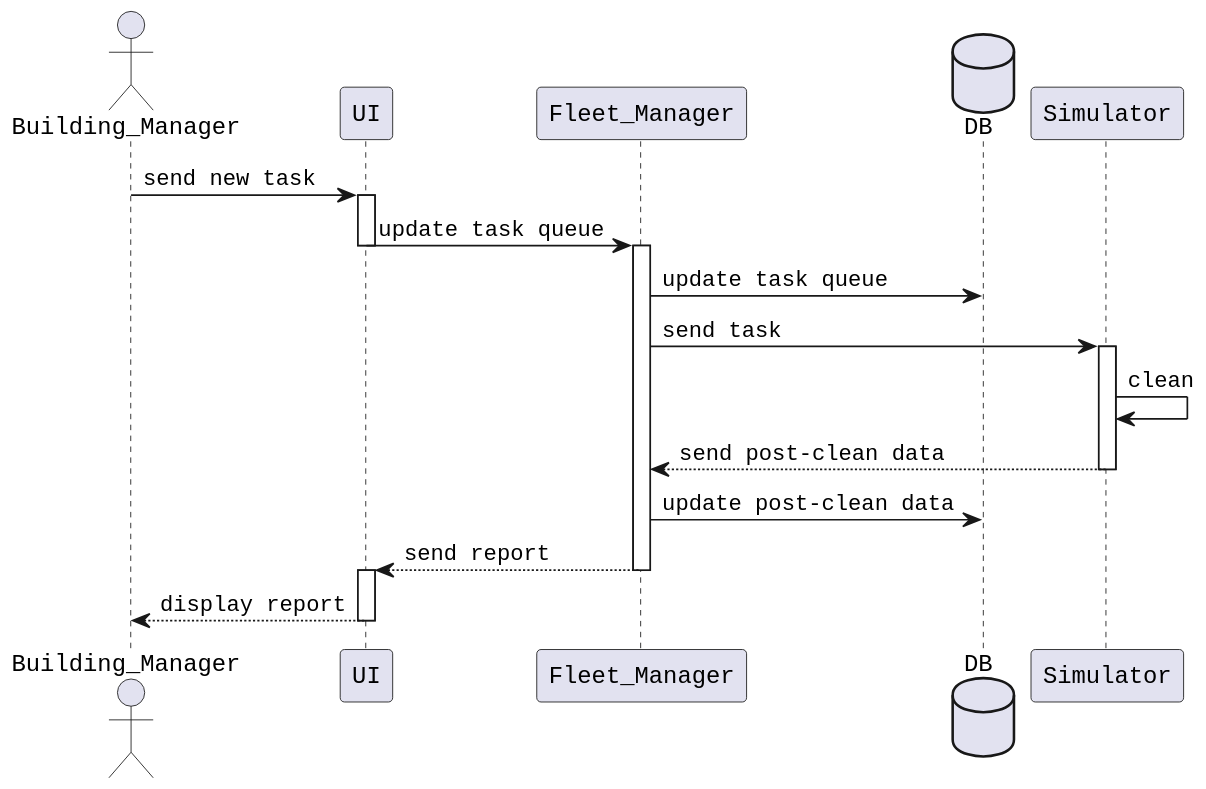
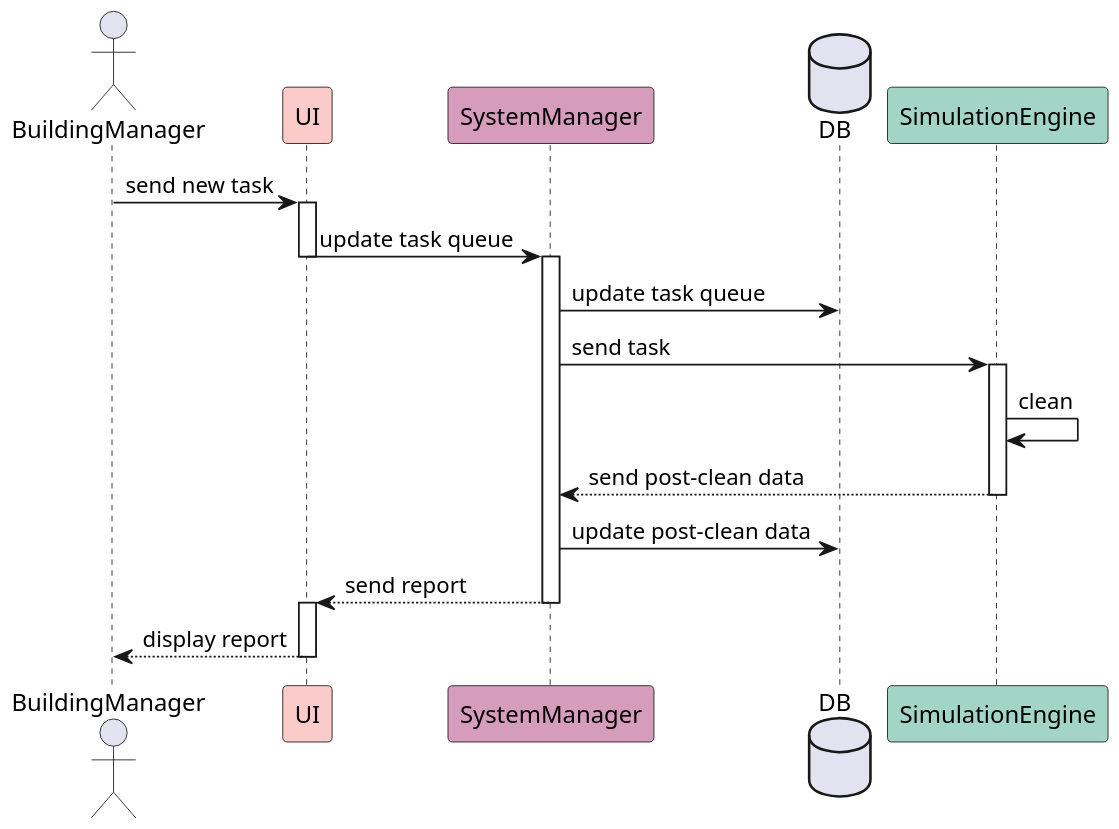
Before and after one commit to ur-swe-fa24/main-project-tidytech: the diagram in docs/design/seq_diagrams/building_manager_2.puml, drawn with PlantUML. The commit also changed 6 other files, not shown here.

Commit message:
update the diagrams from sprint1

```diff
--- a/docs/design/seq_diagrams/building_manager_2.puml
+++ b/docs/design/seq_diagrams/building_manager_2.puml
@@ -1,29 +1,29 @@
 @startuml 1
 skinparam dpi 150
-skinparam DefaultFontName Courier
-actor Building_Manager
-participant UI
-participant Fleet_Manager
+' skinparam DefaultFontName Courier
+actor BuildingManager
+participant UI #FBCBC9
+participant SystemManager #d69cbc
 database DB
-participant Simulator
+participant SimulationEngine #a2d5c6
 
 
-Building_Manager -> UI : send new task
+BuildingManager -> UI : send new task
 activate UI
-UI -> Fleet_Manager : update task queue
+UI -> SystemManager : update task queue
 deactivate UI
-activate Fleet_Manager
-Fleet_Manager -> DB : update task queue
-Fleet_Manager -> Simulator : send task
-activate Simulator
-Simulator -> Simulator : clean
-Simulator --> Fleet_Manager : send post-clean data
-deactivate Simulator
-Fleet_Manager -> DB : update post-clean data
-Fleet_Manager --> UI : send report
-deactivate Fleet_Manager
+activate SystemManager
+SystemManager -> DB : update task queue
+SystemManager -> SimulationEngine : send task
+activate SimulationEngine
+SimulationEngine -> SimulationEngine : clean
+SimulationEngine --> SystemManager : send post-clean data
+deactivate SimulationEngine
+SystemManager -> DB : update post-clean data
+SystemManager --> UI : send report
+deactivate SystemManager
 activate UI
-UI --> Building_Manager : display report
+UI --> BuildingManager : display report
 deactivate UI
 
 @enduml
```
